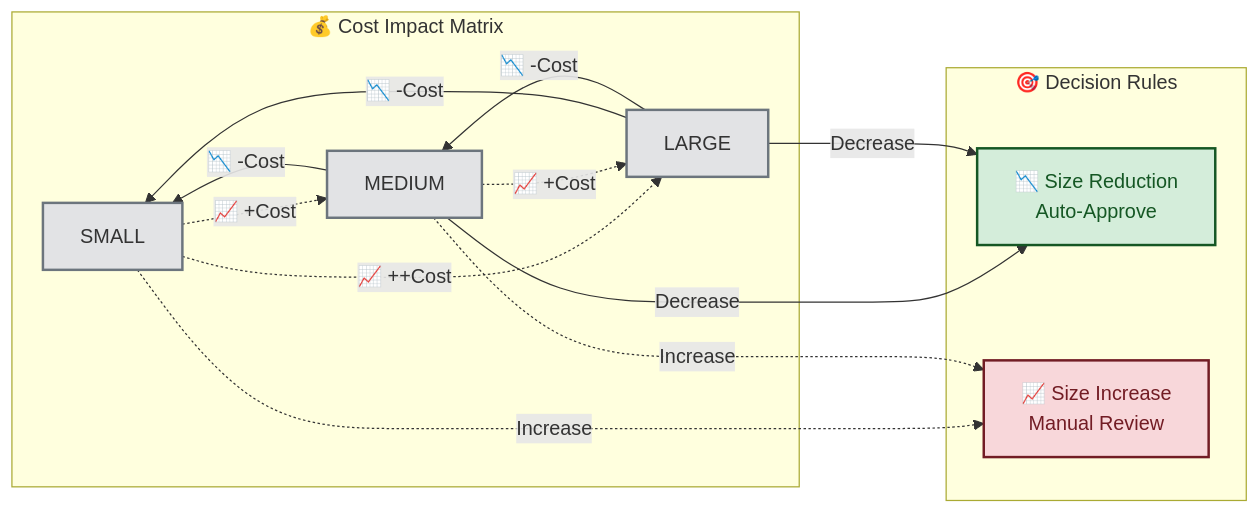
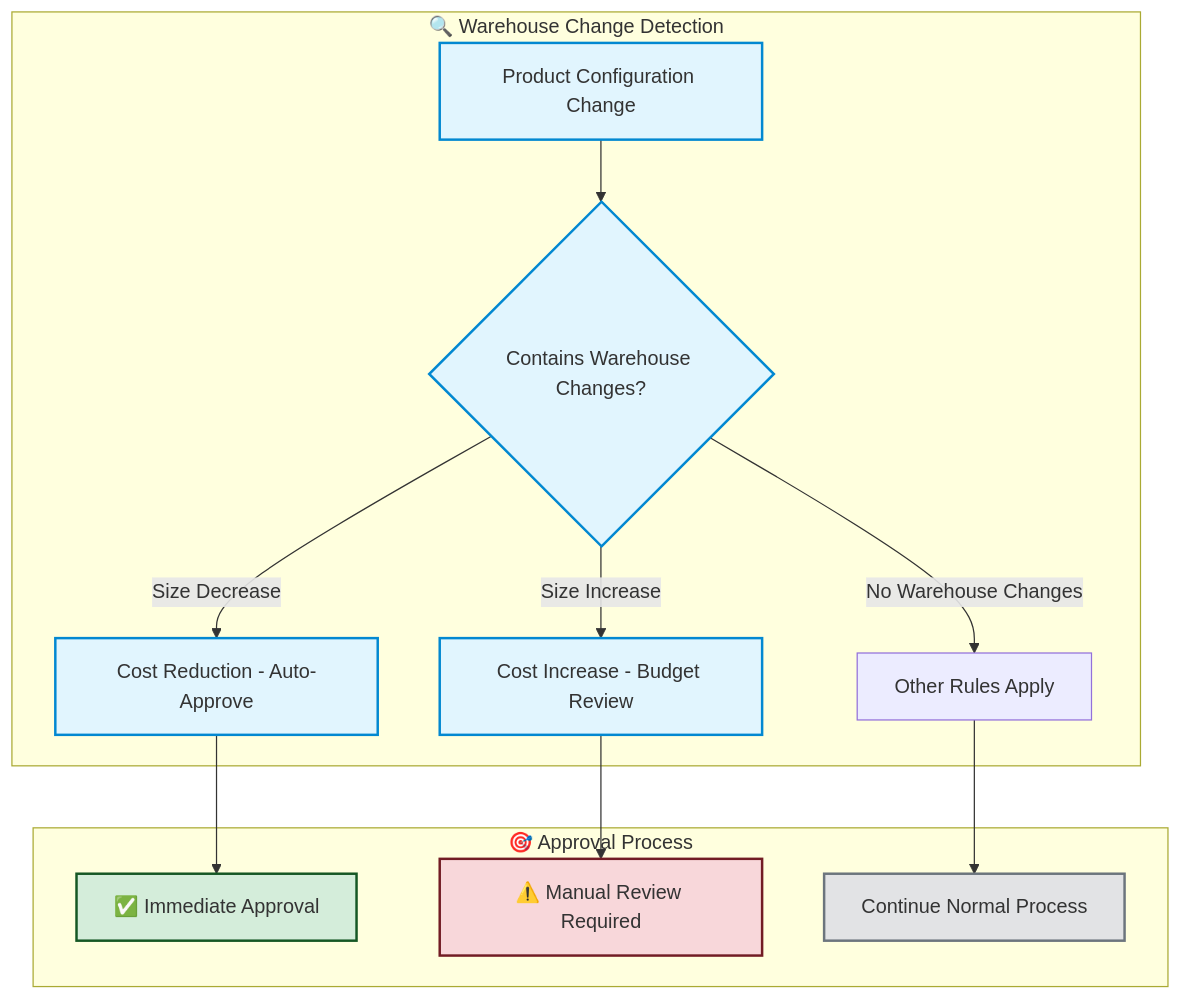
Before and after one commit to redhat-data-and-ai/naysayer: the diagram in docs/rules/WAREHOUSE_RULE.md, drawn with Mermaid. The commit also changed other lines of this file and 16 other files, not shown here.

First line of the commit message:
Update documentation for aligning with section-based-only validation architecture (#25)

````diff
--- a/docs/rules/WAREHOUSE_RULE.md
+++ b/docs/rules/WAREHOUSE_RULE.md
@@ -341,29 +9,25 @@
 ```mermaid
-graph LR
-    subgraph "💰 Cost Impact Matrix"
-        A[SMALL] -.->|📈 +Cost| B[MEDIUM]
-        A -.->|📈 ++Cost| C[LARGE]
-        B -->|📉 -Cost| A
-        B -.->|📈 +Cost| C
-        C -->|📉 -Cost| A
-        C -->|📉 -Cost| B
+graph TB
+    subgraph "🔍 Warehouse Change Detection"
+        A[Product Configuration Change] --> B{Contains Warehouse Changes?}
+        B -->|Size Decrease| C[Cost Reduction - Auto-Approve]
+        B -->|Size Increase| D[Cost Increase - Budget Review]
+        B -->|No Warehouse Changes| E[Other Rules Apply]
     end
     
-    subgraph "🎯 Decision Rules"
-        D[📉 Size Reduction<br/>Auto-Approve] 
-        E[📈 Size Increase<br/>Manual Review]
+    subgraph "🎯 Approval Process"
+        C --> F[✅ Immediate Approval]
+        D --> G[⚠️ Manual Review Required]
+        E --> H[Continue Normal Process]
     end
     
-    A -.->|Increase| E
-    B -.->|Increase| E
-    B -->|Decrease| D
-    C -->|Decrease| D
+    classDef approve fill:#d4edda,stroke:#155724,stroke-width:2px
+    classDef review fill:#f8d7da,stroke:#721c24,stroke-width:2px
+    classDef ignore fill:#e2e3e5,stroke:#6c757d,stroke-width:2px
+    classDef process fill:#e1f5fe,stroke:#0288d1,stroke-width:2px
     
-    classDef increase fill:#f8d7da,stroke:#721c24,stroke-width:2px,color:#721c24
-    classDef decrease fill:#d4edda,stroke:#155724,stroke-width:2px,color:#155724
-    classDef neutral fill:#e2e3e5,stroke:#6c757d,stroke-width:2px
-    
-    class E increase
-    class D decrease
-    class A,B,C neutral
+    class F approve
+    class G review
+    class H ignore
+    class A,B,C,D process
 ```
````
